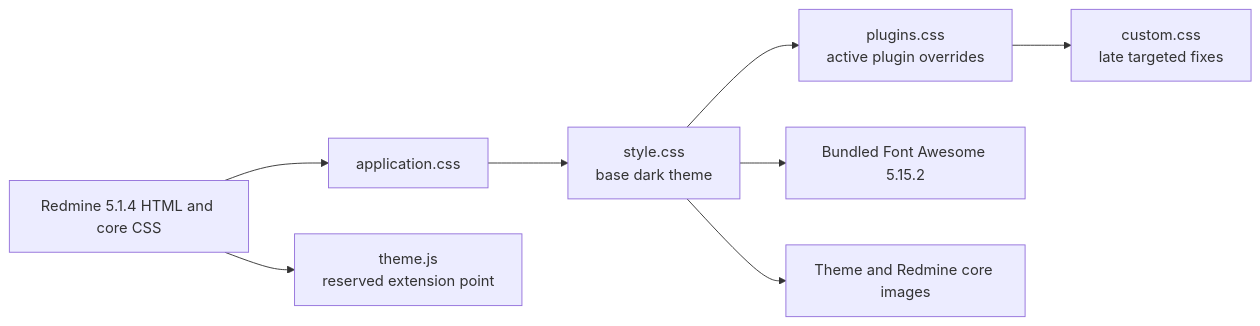
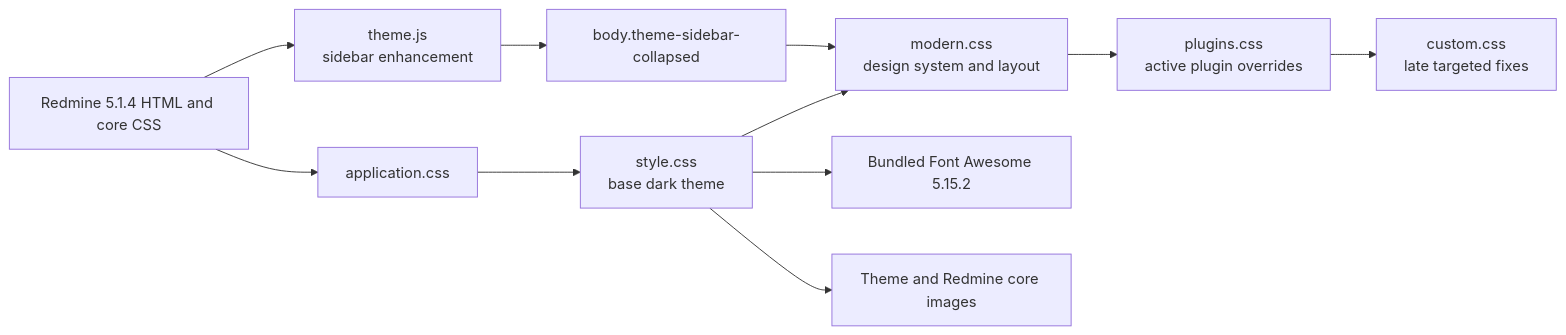
One commit to jeffersonmello/bs-redmine-theme-dark changed the diagram in docs/ARCHITECTURE.md. Above: the diagram before and after it, drawn with Mermaid. The commit also changed other lines of this file and 24 other files, not shown here.

Commit message:
Document modern theme layer and accessible sidebar behavior

````diff
--- a/docs/ARCHITECTURE.md
+++ b/docs/ARCHITECTURE.md
@@ -12,10 +12,13 @@
 ```mermaid
 flowchart LR
     R[Redmine 5.1.4 HTML and core CSS] --> A[application.css]
     A --> S[style.css<br/>base dark theme]
-    S --> P[plugins.css<br/>active plugin overrides]
+    S --> M[modern.css<br/>design system and layout]
+    M --> P[plugins.css<br/>active plugin overrides]
     P --> C[custom.css<br/>late targeted fixes]
     S --> F[Bundled Font Awesome 5.15.2]
     S --> I[Theme and Redmine core images]
-    R --> J[theme.js<br/>reserved extension point]
+    R --> J[theme.js<br/>sidebar enhancement]
+    J --> B[body.theme-sidebar-collapsed]
+    B --> M
 ```
````
